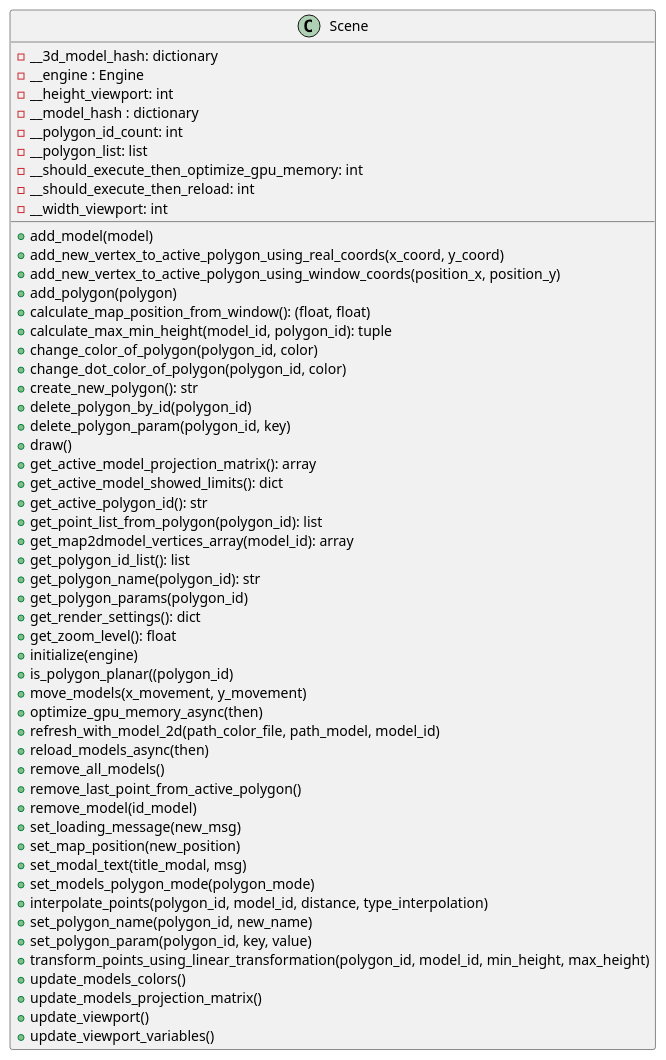
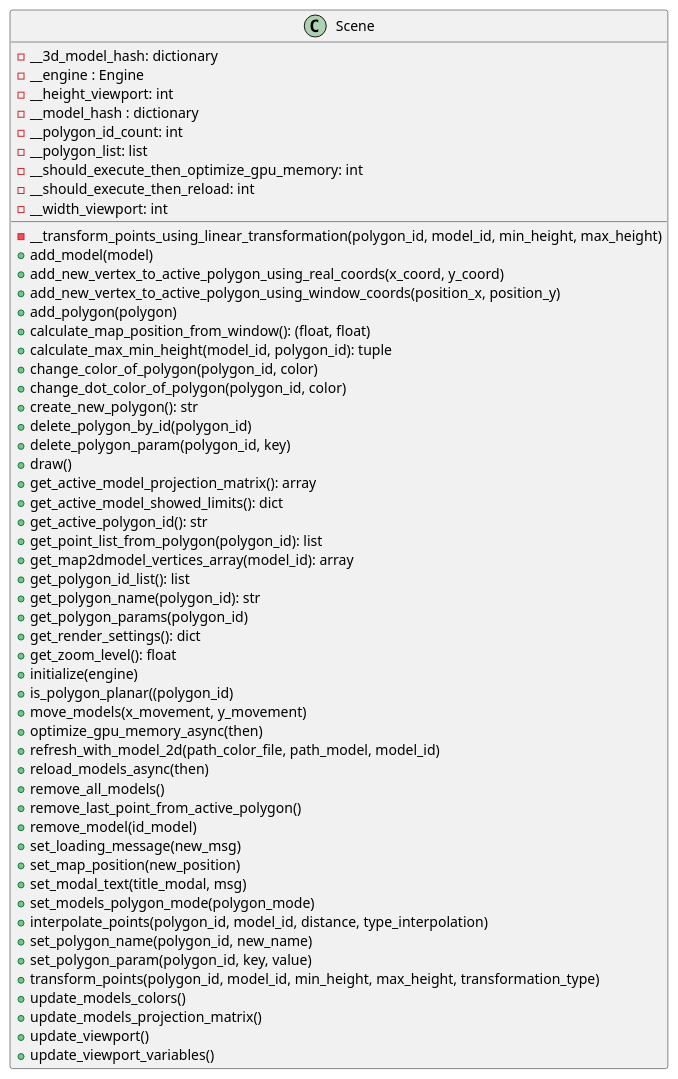
One commit to ferpoble2/Relief_Creator changed the diagram in docs/classes/Scene.puml. Above: the diagram before and after it, drawn with PlantUML. The commit also changed 11 other files, not shown here.

Commit message:
Added error codes to the ModelTransformationError class

```diff
--- a/docs/classes/Scene.puml
+++ b/docs/classes/Scene.puml
@@ -1,58 +1,59 @@
 @startuml
             class Scene{
+                - __transform_points_using_linear_transformation(polygon_id, model_id, min_height, max_height)
                 + add_model(model)
                 + add_new_vertex_to_active_polygon_using_real_coords(x_coord, y_coord)
                 + add_new_vertex_to_active_polygon_using_window_coords(position_x, position_y)
                 + add_polygon(polygon)
                 + calculate_map_position_from_window(): (float, float)
                 + calculate_max_min_height(model_id, polygon_id): tuple
                 + change_color_of_polygon(polygon_id, color)
                 + change_dot_color_of_polygon(polygon_id, color)
                 + create_new_polygon(): str
                 + delete_polygon_by_id(polygon_id)
                 + delete_polygon_param(polygon_id, key)
                 + draw()
                 + get_active_model_projection_matrix(): array
                 + get_active_model_showed_limits(): dict
                 + get_active_polygon_id(): str
                 + get_point_list_from_polygon(polygon_id): list
                 + get_map2dmodel_vertices_array(model_id): array
                 + get_polygon_id_list(): list
                 + get_polygon_name(polygon_id): str
                 + get_polygon_params(polygon_id)
                 + get_render_settings(): dict
                 + get_zoom_level(): float
                 + initialize(engine)
                 + is_polygon_planar((polygon_id)
                 + move_models(x_movement, y_movement)
                 + optimize_gpu_memory_async(then)
                 + refresh_with_model_2d(path_color_file, path_model, model_id)
                 + reload_models_async(then)
                 + remove_all_models()
                 + remove_last_point_from_active_polygon()
                 + remove_model(id_model)
                 + set_loading_message(new_msg)
                 + set_map_position(new_position)
                 + set_modal_text(title_modal, msg)
                 + set_models_polygon_mode(polygon_mode)
                 + interpolate_points(polygon_id, model_id, distance, type_interpolation)
                 + set_polygon_name(polygon_id, new_name)
                 + set_polygon_param(polygon_id, key, value)
-                + transform_points_using_linear_transformation(polygon_id, model_id, min_height, max_height)
+                + transform_points(polygon_id, model_id, min_height, max_height, transformation_type)
                 + update_models_colors()
                 + update_models_projection_matrix()
                 + update_viewport()
                 + update_viewport_variables()
 
                 - __3d_model_hash: dictionary
                 - __engine : Engine
                 - __height_viewport: int
                 - __model_hash : dictionary
                 - __polygon_id_count: int
                 - __polygon_list: list
                 - __should_execute_then_optimize_gpu_memory: int
                 - __should_execute_then_reload: int
                 - __width_viewport: int
             }
 
 @enduml
```
